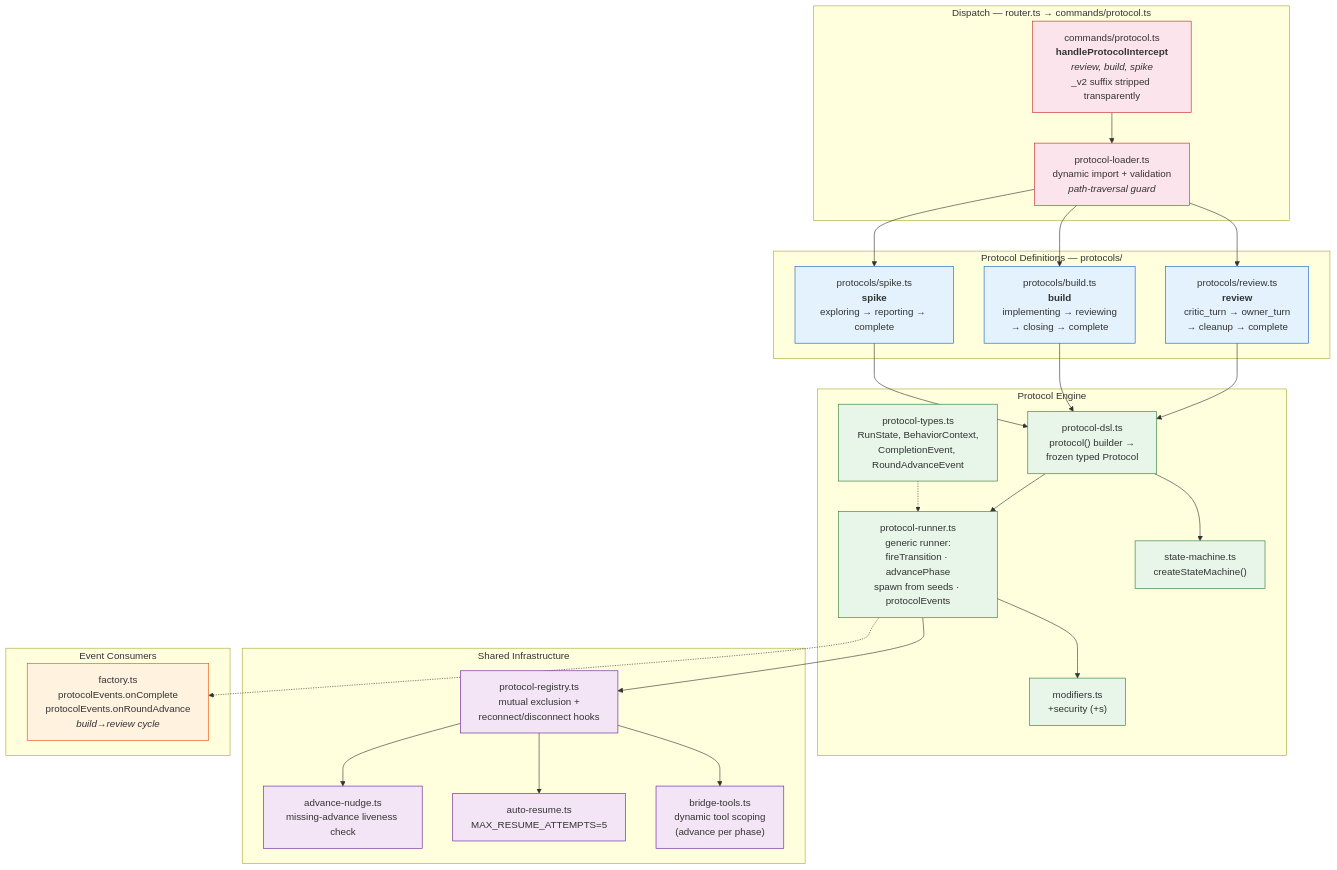
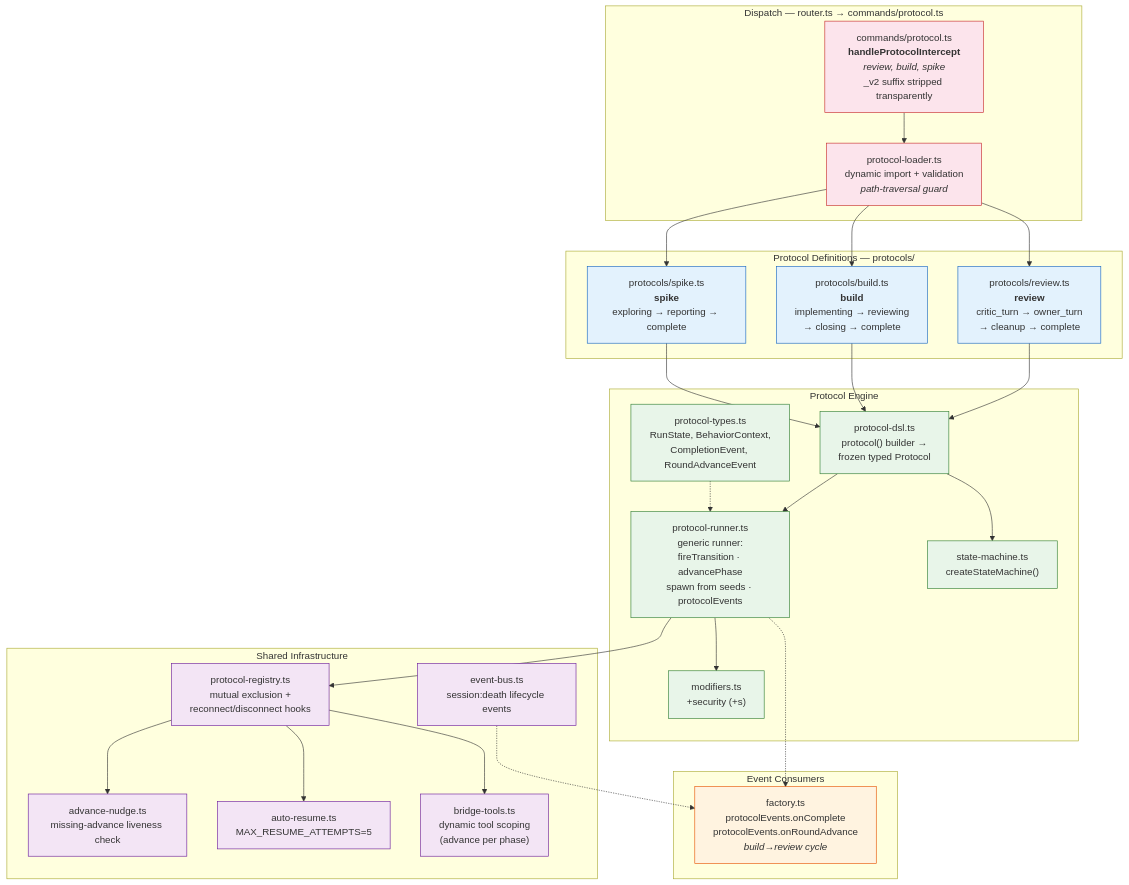
Before and after one commit to sf8193/hydra: the diagram in diagrams/protocol-engines.mmd, drawn with Mermaid. The commit also changed 3 other files, not shown here.

```diff
--- a/diagrams/protocol-engines.mmd
+++ b/diagrams/protocol-engines.mmd
@@ -1,67 +1,69 @@
 %% Protocol Engine — declarative DSL + generic runner
 %% Single protocol system after v1 removal (PR #148).
 %% router.ts dispatches review/build/spike through commands/protocol.ts → protocol-loader.ts → runner.
 
 flowchart TD
     subgraph dispatch["Dispatch — router.ts → commands/protocol.ts"]
         cmd["commands/protocol.ts<br/><b>handleProtocolIntercept</b><br/><i>review, build, spike</i><br/>_v2 suffix stripped transparently"]
         loader["protocol-loader.ts<br/>dynamic import + validation<br/><i>path-traversal guard</i>"]
         cmd --> loader
     end
 
     subgraph definitions["Protocol Definitions — protocols/"]
         p_review["protocols/review.ts<br/><b>review</b><br/>critic_turn → owner_turn<br/>→ cleanup → complete"]
         p_build["protocols/build.ts<br/><b>build</b><br/>implementing → reviewing<br/>→ closing → complete"]
         p_spike["protocols/spike.ts<br/><b>spike</b><br/>exploring → reporting → complete"]
     end
 
     subgraph engine["Protocol Engine"]
         dsl["protocol-dsl.ts<br/>protocol() builder →<br/>frozen typed Protocol"]
         types["protocol-types.ts<br/>RunState, BehaviorContext,<br/>CompletionEvent, RoundAdvanceEvent"]
         runner["protocol-runner.ts<br/>generic runner:<br/>fireTransition · advancePhase<br/>spawn from seeds · protocolEvents"]
         sm["state-machine.ts<br/>createStateMachine()"]
         mods["modifiers.ts<br/>+security (+s)"]
     end
 
     subgraph infra["Shared Infrastructure"]
+        eventbus["event-bus.ts<br/>session:death lifecycle events"]
         registry["protocol-registry.ts<br/>mutual exclusion +<br/>reconnect/disconnect hooks"]
         nudge["advance-nudge.ts<br/>missing-advance liveness check"]
         autoresume["auto-resume.ts<br/>MAX_RESUME_ATTEMPTS=5"]
         tools["bridge-tools.ts<br/>dynamic tool scoping<br/>(advance per phase)"]
     end
 
     subgraph consumers["Event Consumers"]
         factory["factory.ts<br/>protocolEvents.onComplete<br/>protocolEvents.onRoundAdvance<br/><i>build→review cycle</i>"]
     end
 
     loader --> p_review
     loader --> p_build
     loader --> p_spike
 
     p_review --> dsl
     p_build --> dsl
     p_spike --> dsl
 
     dsl --> sm
     dsl --> runner
     types -.-> runner
     runner --> mods
 
     runner --> registry
     registry --> nudge
     registry --> autoresume
     registry --> tools
 
     runner -.-> factory
+    eventbus -.-> factory
 
     classDef dispatchstyle fill:#fce4ec,stroke:#c62828
     classDef defstyle fill:#e3f2fd,stroke:#1565c0
     classDef engstyle fill:#e8f5e9,stroke:#2e7d32
     classDef infrastyle fill:#f3e5f5,stroke:#6a1b9a
     classDef consumestyle fill:#fff3e0,stroke:#e65100
 
     class cmd,loader dispatchstyle
     class p_review,p_build,p_spike defstyle
     class dsl,types,runner,sm,mods engstyle
-    class registry,nudge,autoresume,tools infrastyle
+    class registry,nudge,autoresume,tools,eventbus infrastyle
     class factory consumestyle
```
